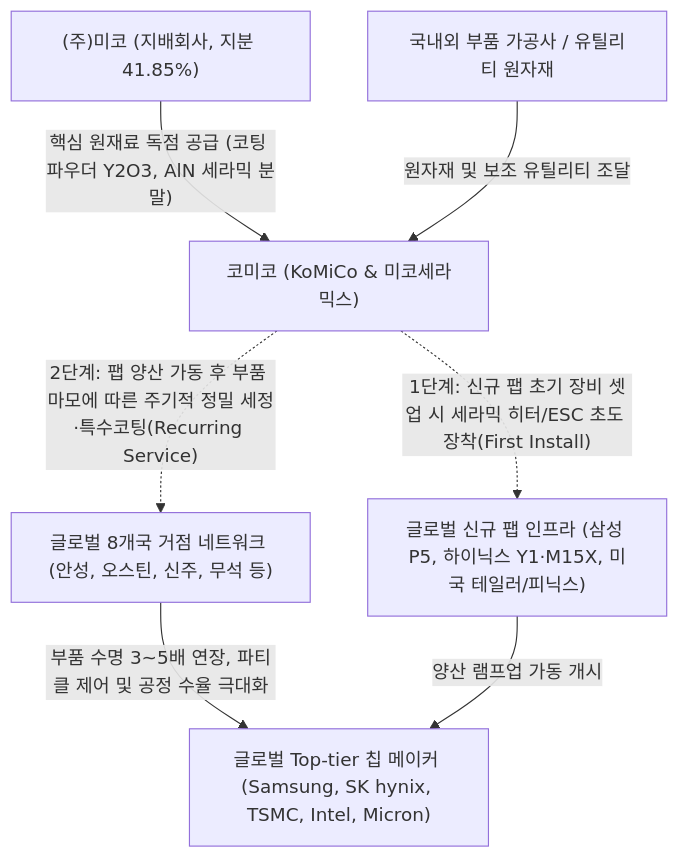
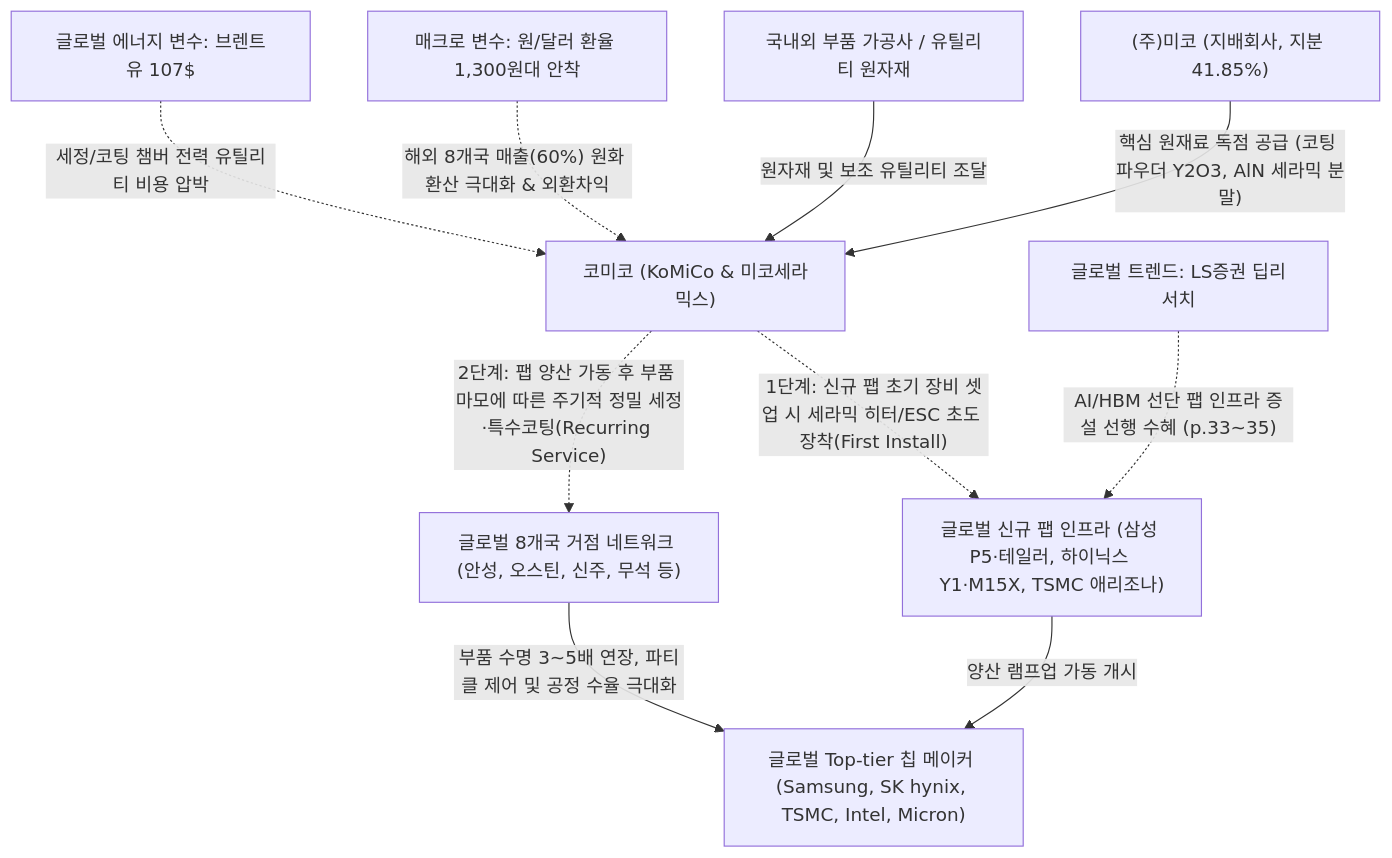
The diagram in Stock_Research/코미코/3_Final_Reports/Phase1_Report.md (eve830521-cmd/my-skill), drawn with Mermaid before and after one commit. The commit also changed other lines of this file and 18 other files, not shown here.

````diff
--- a/Stock_Research/코미코/3_Final_Reports/Phase1_Report.md
+++ b/Stock_Research/코미코/3_Final_Reports/Phase1_Report.md
@@ -12,9 +20,12 @@
 ```mermaid
 graph TD
     A["(주)미코 (지배회사, 지분 41.85%)"] -->|"핵심 원재료 독점 공급 (코팅 파우더 Y2O3, AlN 세라믹 분말)"| B["코미코 (KoMiCo & 미코세라믹스)"]
     C["국내외 부품 가공사 / 유틸리티 원자재"] -->|"원자재 및 보조 유틸리티 조달"| B
-    B -. "1단계: 신규 팹 초기 장비 셋업 시 세라믹 히터/ESC 초도 장착(First Install)" .-> D["글로벌 신규 팹 인프라 (삼성 P5, 하이닉스 Y1·M15X, 미국 테일러/피닉스)"]
+    FX["매크로 변수: 원/달러 환율 1,300원대 안착"] -. "해외 8개국 매출(60%) 원화 환산 극대화 & 외환차익" .-> B
+    OIL["글로벌 에너지 변수: 브렌트유 107$"] -. "세정/코팅 챔버 전력 유틸리티 비용 압박" .-> B
+    GT_LS["글로벌 트렌드: LS증권 딥리서치"] -. "AI/HBM 선단 팹 인프라 증설 선행 수혜 (p.33~35)" .-> D
+    B -. "1단계: 신규 팹 초기 장비 셋업 시 세라믹 히터/ESC 초도 장착(First Install)" .-> D["글로벌 신규 팹 인프라 (삼성 P5·테일러, 하이닉스 Y1·M15X, TSMC 애리조나)"]
     B -. "2단계: 팹 양산 가동 후 부품 마모에 따른 주기적 정밀 세정·특수코팅(Recurring Service)" .-> E["글로벌 8개국 거점 네트워크 (안성, 오스틴, 신주, 무석 등)"]
     E -->|"부품 수명 3~5배 연장, 파티클 제어 및 공정 수율 극대화"| F["글로벌 Top-tier 칩 메이커 (Samsung, SK hynix, TSMC, Intel, Micron)"]
     D -->|"양산 램프업 가동 개시"| F
 ```
````
